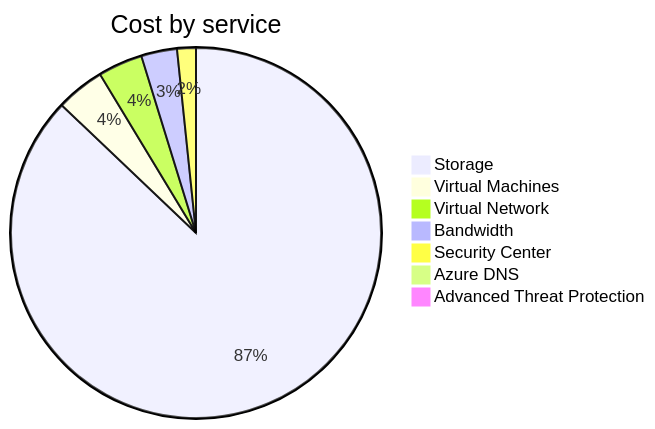
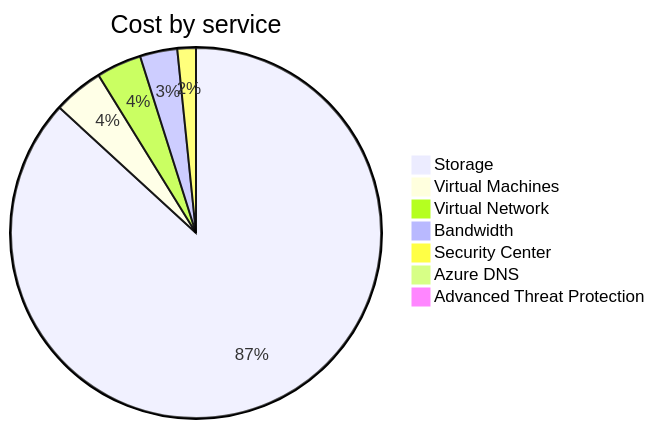
The second of 4 diagrams in cost-reports/personal-network/README.md (jpfulton/azure-personal-reports), drawn with Mermaid before and after one commit. The commit also changed other lines of this file and 9 other files, not shown here.

````diff
--- a/cost-reports/personal-network/README.md
+++ b/cost-reports/personal-network/README.md
@@ -99,11 +99,11 @@
 ```mermaid
 pie
    title Cost by service
-   "Storage" : 196.46
-   "Virtual Machines" : 9.56
-   "Virtual Network" : 8.78
-   "Bandwidth" : 7.05
+   "Storage" : 198.42
+   "Virtual Machines" : 9.98
+   "Virtual Network" : 8.99
+   "Bandwidth" : 7.44
    "Security Center" : 3.70
-   "Azure DNS" : 0.42
+   "Azure DNS" : 0.43
    "Advanced Threat Protection" : 0.00
 ```
````
